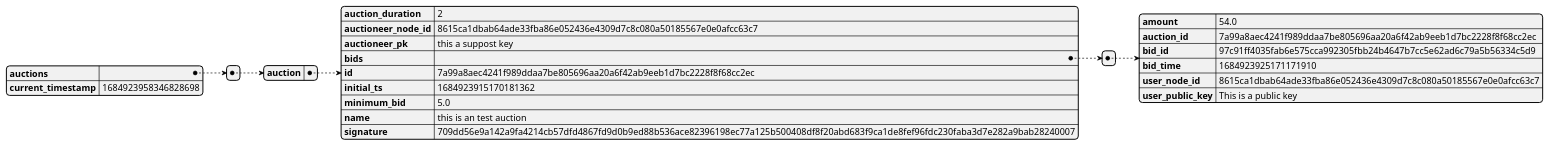
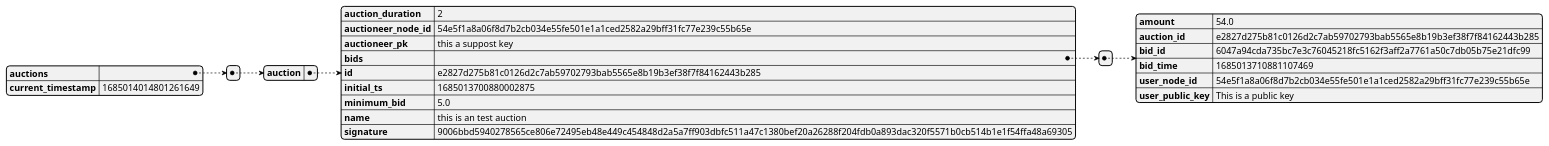
One commit to GoliathHagar/distributed_legder_kademlia changed the diagram in src/distributed_legder/state_dumps/self.json.auction.json.plantuml. Above: the diagram before and after it, drawn with PlantUML. The commit also changed 8 other files, not shown here.

```diff
--- a/src/distributed_legder/state_dumps/self.json.auction.json.plantuml
+++ b/src/distributed_legder/state_dumps/self.json.auction.json.plantuml
@@ -1,3 +1,3 @@
 @startjson
-{"auctions":[{"auction":{"auction_duration":2,"auctioneer_node_id":"8615ca1dbab64ade33fba86e052436e4309d7c8c080a50185567e0e0afcc63c7","auctioneer_pk":"this a suppost key","bids":[{"amount":54.0,"auction_id":"7a99a8aec4241f989ddaa7be805696aa20a6f42ab9eeb1d7bc2228f8f68cc2ec","bid_id":"97c91ff4035fab6e575cca992305fbb24b4647b7cc5e62ad6c79a5b56334c5d9","bid_time":1684923925171171910,"user_node_id":"8615ca1dbab64ade33fba86e052436e4309d7c8c080a50185567e0e0afcc63c7","user_public_key":"This is a public key"}],"id":"7a99a8aec4241f989ddaa7be805696aa20a6f42ab9eeb1d7bc2228f8f68cc2ec","initial_ts":1684923915170181362,"minimum_bid":5.0,"name":"this is an test auction","signature":"709dd56e9a142a9fa4214cb57dfd4867fd9d0b9ed88b536ace82396198ec77a125b500408df8f20abd683f9ca1de8fef96fdc230faba3d7e282a9bab28240007"}}],"current_timestamp":1684923958346828698}
+{"auctions":[{"auction":{"auction_duration":2,"auctioneer_node_id":"54e5f1a8a06f8d7b2cb034e55fe501e1a1ced2582a29bff31fc77e239c55b65e","auctioneer_pk":"this a suppost key","bids":[{"amount":54.0,"auction_id":"e2827d275b81c0126d2c7ab59702793bab5565e8b19b3ef38f7f84162443b285","bid_id":"6047a94cda735bc7e3c76045218fc5162f3aff2a7761a50c7db05b75e21dfc99","bid_time":1685013710881107469,"user_node_id":"54e5f1a8a06f8d7b2cb034e55fe501e1a1ced2582a29bff31fc77e239c55b65e","user_public_key":"This is a public key"}],"id":"e2827d275b81c0126d2c7ab59702793bab5565e8b19b3ef38f7f84162443b285","initial_ts":1685013700880002875,"minimum_bid":5.0,"name":"this is an test auction","signature":"9006bbd5940278565ce806e72495eb48e449c454848d2a5a7ff903dbfc511a47c1380bef20a26288f204fdb0a893dac320f5571b0cb514b1e1f54ffa48a69305"}}],"current_timestamp":1685014014801261649}
 @endjson
```
